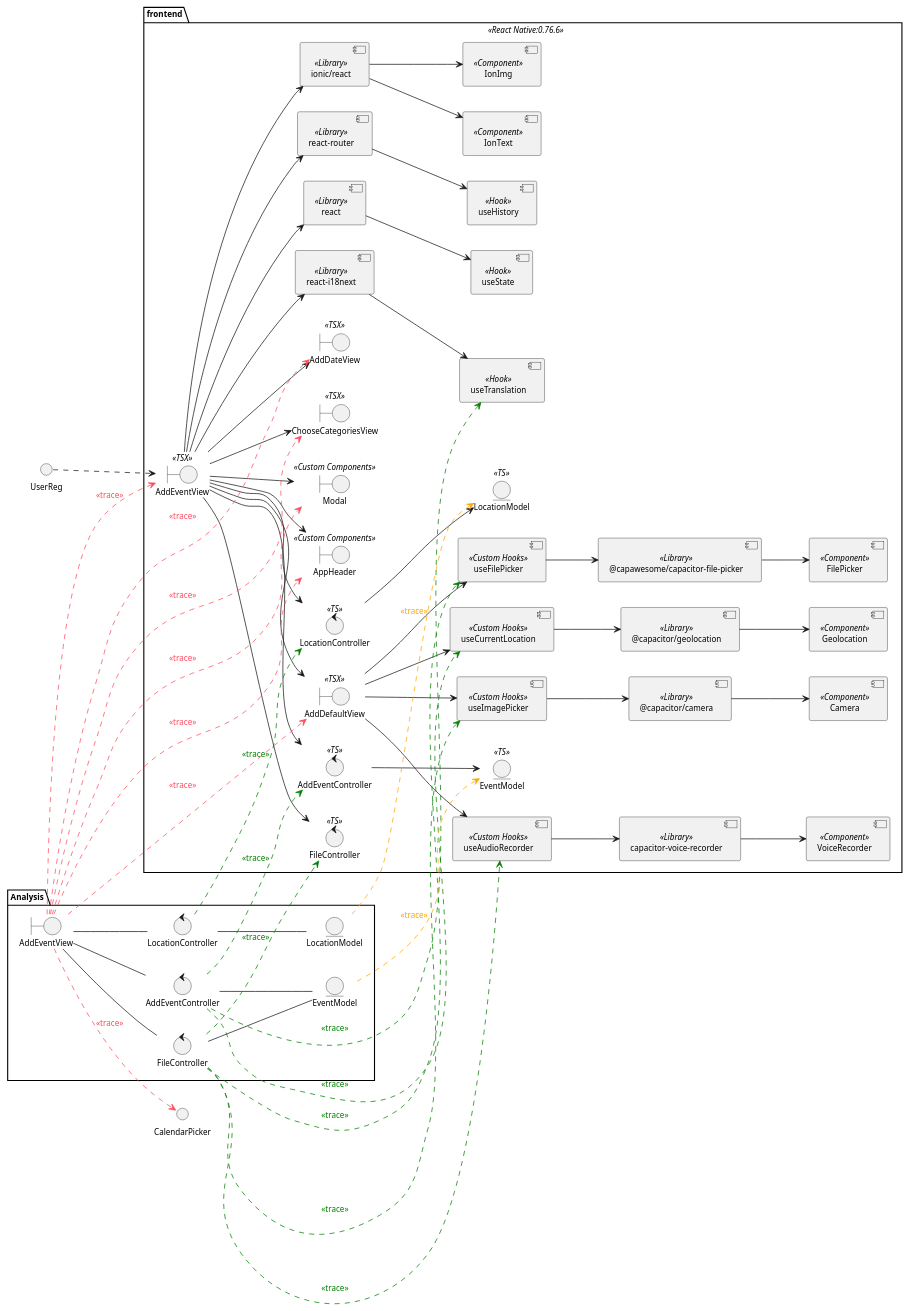
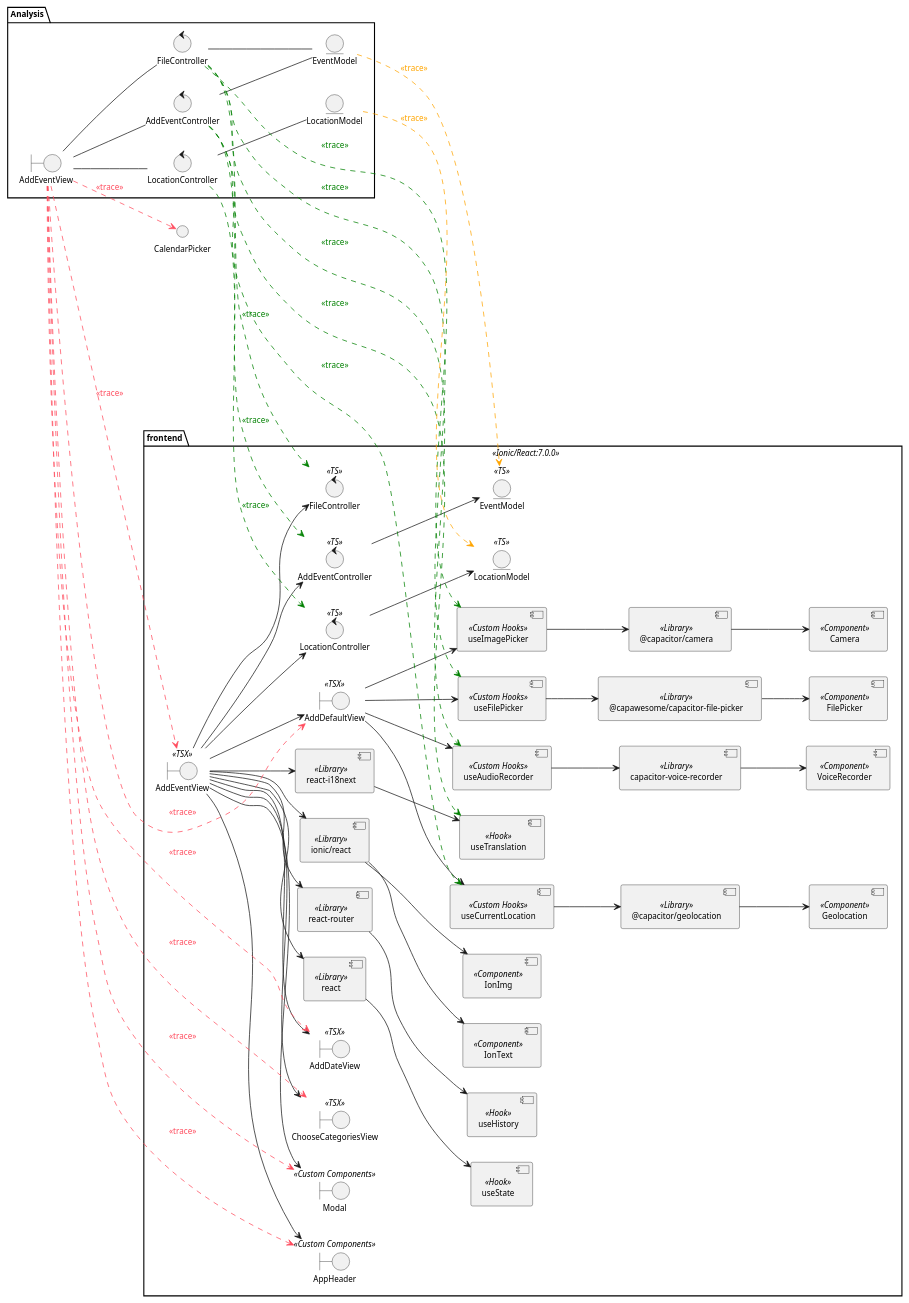
Before and after one commit to valeraruggierotesisucv/tesis-frameworks-mobile-diagrams: the diagram in Diseño/Ionic/UC 6 Diseño/TraceAnalysisClassDiagram.plantuml, drawn with PlantUML. The commit also changed 15 other files, not shown here.

Commit message:
fix de los diagramas

```diff
--- a/Diseño/Ionic/UC 6 Diseño/TraceAnalysisClassDiagram.plantuml
+++ b/Diseño/Ionic/UC 6 Diseño/TraceAnalysisClassDiagram.plantuml
@@ -1,156 +1,154 @@
 @startuml TraceAnalysisClassDiagram
 skinparam style strictuml
 left to right direction
 skinparam defaultTextAlignment center
 skinparam defaultFontSize 11
 
 
 
 package Analysis {
     entity "EventModel" as eventModel
     entity "LocationModel" as locationModel
 
     boundary "AddEventView" as addEventViewAnalysis
 
     control "FileController" as fileController
     control "AddEventController" as addEventController
     control "LocationController" as locationController
 
     addEventViewAnalysis -- addEventController
     addEventViewAnalysis -- locationController
     addEventViewAnalysis -- fileController
 
     addEventController -- eventModel
     fileController -- eventModel
     locationController -- locationModel
 }
 
 
-package frontend <<React Native:0.76.6>>{
+package frontend << Ionic/React:7.0.0 >>{
     boundary "AddEventView" as addEventView << TSX >>
     boundary "AddDefaultView" as AddDefaultView << TSX >>
     boundary "AddDateView" as AddDateView << TSX >>
     boundary "ChooseCategoriesView" as ChooseCategoriesView << TSX >>
 
     component "react" as React << Library >>
     component "useState" as useState << Hook >>
 
     component "react-router" as ReactRouter << Library >>
     component "useHistory" as useHistory << Hook >>
 
     component "ionic/react" as IonicReact << Library >>
     component "IonImg" as IonImg << Component >>
     component "IonText" as IonText << Component >>
 
     component "react-i18next" as ReactI18next << Library >>
     component "useTranslation" as useTranslation << Hook >>
 
     boundary "Modal" as Modal << Custom Components >>
     boundary "AppHeader" as AppHeader << Custom Components >>
 
     component "useCurrentLocation" as useCurrentLocation << Custom Hooks >>
     component "@capacitor/geolocation" as CapacitorGeolocation << Library >>
     component "Geolocation" as Geolocation << Component >>
 
     component "useImagePicker" as useImagePicker << Custom Hooks >>
     component "@capacitor/camera" as CapacitorCamera << Library >>
     component "Camera" as Camera << Component >>
     
     component "useFilePicker" as useFilePicker << Custom Hooks >>
     component "@capawesome/capacitor-file-picker" as CapacitorFilePicker << Library >>
     component "FilePicker" as FilePicker << Component >>
     
     component "useAudioRecorder" as useAudioRecorder << Custom Hooks >>
     component "capacitor-voice-recorder" as CapacitorVoiceRecorder << Library >>
     component "VoiceRecorder" as VoiceRecorder << Component >>
 
     control "AddEventController" as AddEventController << TS >>
     control "LocationController" as LocationController << TS >>
     control "FileController" as FileController << TS >>
 
     entity "EventModel" as EventModel << TS >>
     entity "LocationModel" as LocationModel << TS >>
 }
 
 ' Frontend View Hierarchy
 addEventView --> AddDefaultView 
 addEventView --> AddDateView 
 addEventView --> ChooseCategoriesView 
 addEventView --> ReactRouter
 addEventView --> IonicReact
 
 'React Router
 ReactRouter --> useHistory
 
 'Ionic React
 IonicReact --> IonImg
 IonicReact --> IonText
 
 
 ' View Components
 addEventView --> ReactI18next
 addEventView --> React
 addEventView --> Modal
 addEventView --> AppHeader
 
 'AddDefaultView 
 AddDefaultView --> useImagePicker
 AddDefaultView --> useFilePicker
 AddDefaultView --> useAudioRecorder
 AddDefaultView --> useCurrentLocation
 
 'useAudioRecorder
 useAudioRecorder --> CapacitorVoiceRecorder
 CapacitorVoiceRecorder --> VoiceRecorder
 
 'useFilePicker
 useFilePicker --> CapacitorFilePicker
 CapacitorFilePicker --> FilePicker
 
 'useImagePicker
 useImagePicker --> CapacitorCamera
 CapacitorCamera --> Camera
 
 'useCurrentLocation
 useCurrentLocation --> CapacitorGeolocation
 CapacitorGeolocation --> Geolocation
 
 ' React
 React --> useState
 
 ' Controller relationships
 addEventView --> AddEventController
 addEventView --> LocationController
 addEventView --> FileController
 
 AddEventController --> EventModel
 LocationController --> LocationModel
 
 ' Translation
 ReactI18next --> useTranslation
 
-' User interaction
-UserReg ..> addEventView
 
 addEventViewAnalysis .[#ff4b5d].> addEventView : <font color=#ff4b5d><<trace>></font>
 addEventViewAnalysis .[#ff4b5d].> AddDefaultView : <font color=#ff4b5d><<trace>></font>
 addEventViewAnalysis .[#ff4b5d].> AddDateView : <font color=#ff4b5d><<trace>></font>
 addEventViewAnalysis .[#ff4b5d].> ChooseCategoriesView : <font color=#ff4b5d><<trace>></font>
 addEventViewAnalysis .[#ff4b5d].> AppHeader : <font color=#ff4b5d><<trace>></font>
 addEventViewAnalysis .[#ff4b5d].> Modal : <font color=#ff4b5d><<trace>></font>
 addEventViewAnalysis .[#ff4b5d].> CalendarPicker : <font color=#ff4b5d><<trace>></font>
 
 fileController .[#green].> FileController : <font color=green><<trace>></font>
 addEventController .[#green].> AddEventController : <font color=green><<trace>></font>
 locationController .[#green].> LocationController : <font color=green><<trace>></font>
 fileController .[#green].> useAudioRecorder : <font color=green><<trace>></font>
 fileController .[#green].> useImagePicker : <font color=green><<trace>></font>
 fileController .[#green].> useFilePicker : <font color=green><<trace>></font>
 addEventController .[#green].> useCurrentLocation : <font color=green><<trace>></font>
 addEventController .[#green].> useTranslation : <font color=green><<trace>></font>
 
 eventModel .[#orange].> EventModel : <font color=orange><<trace>></font>
 locationModel .[#orange].> LocationModel : <font color=orange><<trace>></font>
 
 
 @enduml
```
